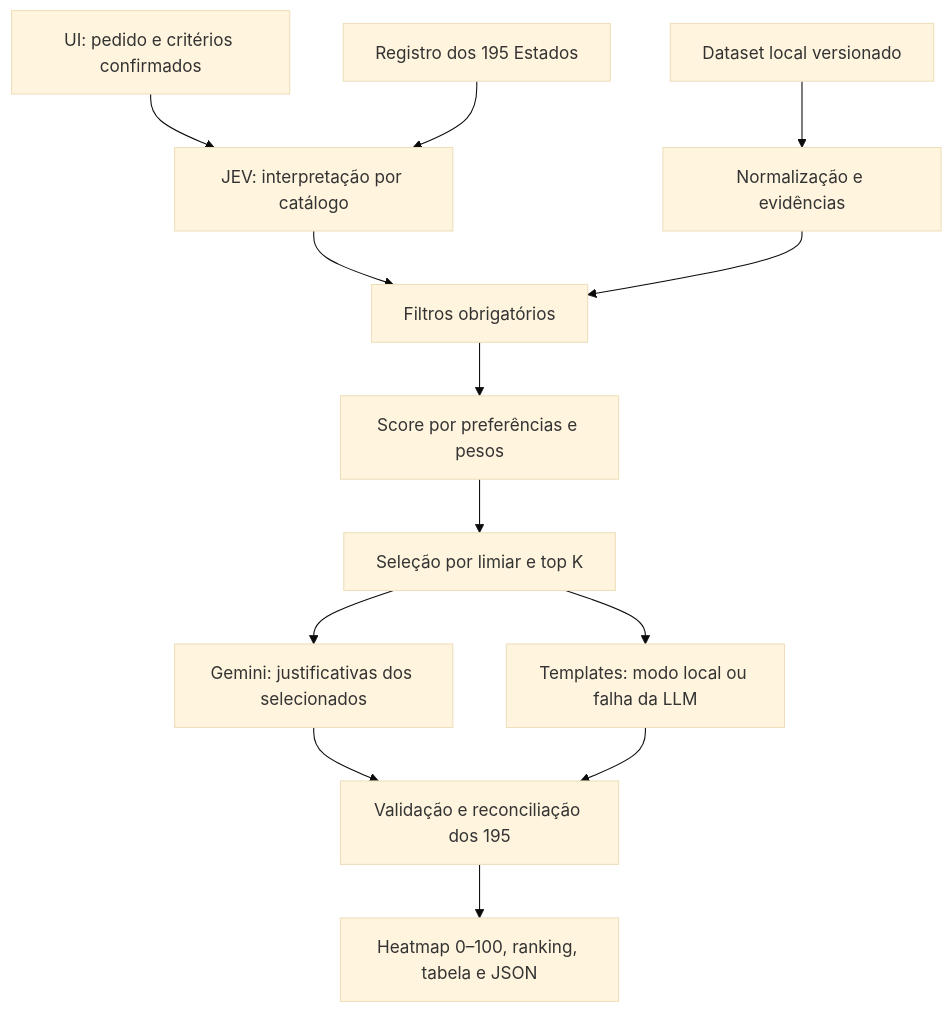
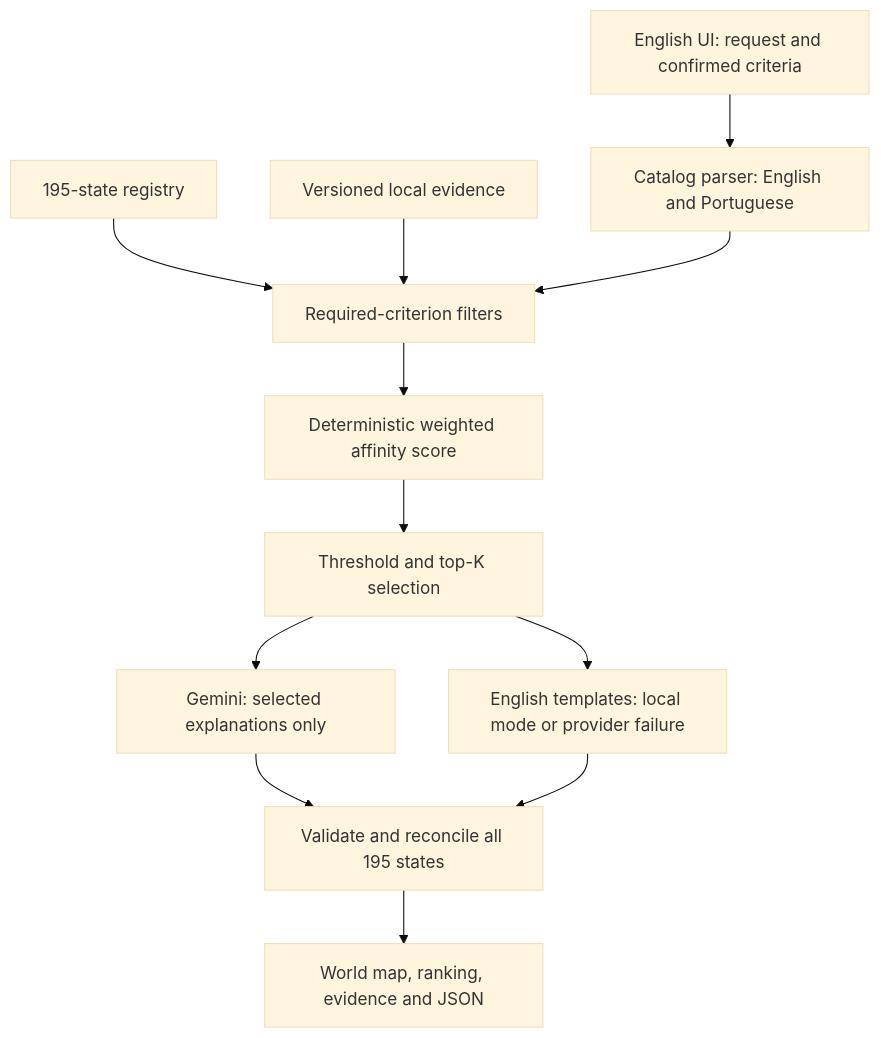
One commit to felpzw/jev-global-heatmap changed the diagram in ARCHITECTURE.md. Above: the diagram before and after it, drawn with Mermaid (base theme). The commit also changed other lines of this file and 21 other files, not shown here.

````diff
--- a/ARCHITECTURE.md
+++ b/ARCHITECTURE.md
@@ -9,15 +8,14 @@
 ```mermaid
 flowchart TD
-    U[UI: pedido e critérios confirmados] --> J[JEV: interpretação por catálogo]
-    R[Registro dos 195 Estados] --> J
-    D[Dataset local versionado] --> N[Normalização e evidências]
-    J --> F[Filtros obrigatórios]
-    N --> F
-    F --> S[Score por preferências e pesos]
-    S --> C[Seleção por limiar e top K]
-    C --> L[Gemini: justificativas dos selecionados]
-    C --> T[Templates: modo local ou falha da LLM]
-    L --> V[Validação e reconciliação dos 195]
+    U[English UI: request and confirmed criteria] --> P[Catalog parser: English and Portuguese]
+    R[195-state registry] --> F[Required-criterion filters]
+    D[Versioned local evidence] --> F
+    P --> F
+    F --> S[Deterministic weighted affinity score]
+    S --> C[Threshold and top-K selection]
+    C --> L[Gemini: selected explanations only]
+    C --> T[English templates: local mode or provider failure]
+    L --> V[Validate and reconcile all 195 states]
     T --> V
-    V --> O[Heatmap 0–100, ranking, tabela e JSON]
+    V --> O[World map, ranking, evidence and JSON]
 ```
````
